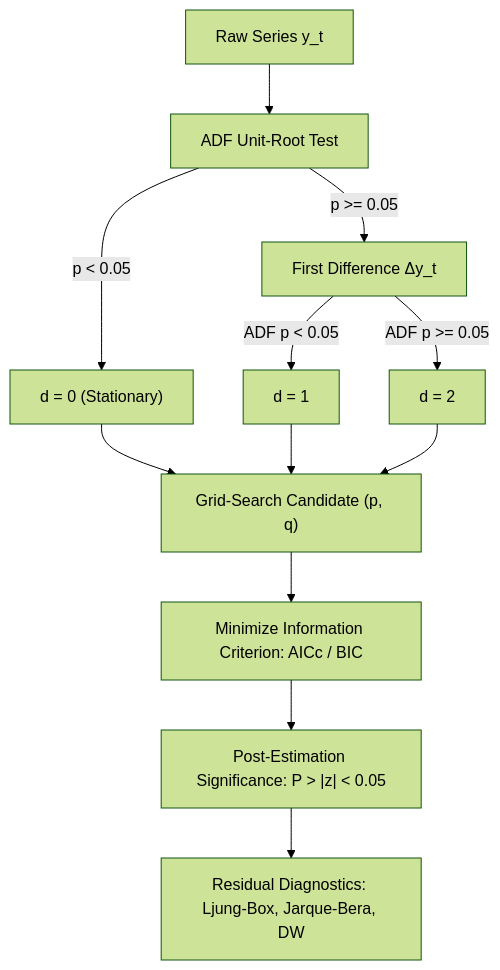
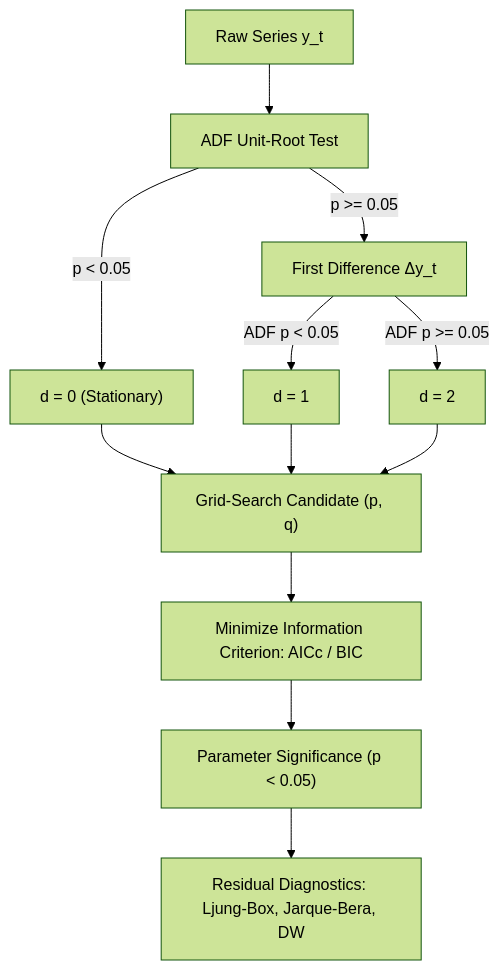
Before and after one commit to BahmanOrujov/sutte-ARIMA: the diagram in README.md, drawn with Mermaid (forest theme). The commit also changed other lines of this file, not shown here.

````diff
--- a/README.md
+++ b/README.md
@@ -91,12 +91,12 @@
 ```mermaid
 flowchart TD
     A["Raw Series y_t"] --> B["ADF Unit-Root Test"]
     B -->|p < 0.05| C["d = 0 (Stationary)"]
     B -->|p >= 0.05| D["First Difference Δy_t"]
     D -->|ADF p < 0.05| E["d = 1"]
     D -->|ADF p >= 0.05| F["d = 2"]
     C & E & F --> G["Grid-Search Candidate (p, q)"]
     G --> H["Minimize Information Criterion: AICc / BIC"]
-    H --> I["Post-Estimation Significance: P > |z| < 0.05"]
+    H --> I["Parameter Significance (p < 0.05)"]
     I --> J["Residual Diagnostics: Ljung-Box, Jarque-Bera, DW"]
 ```
````
